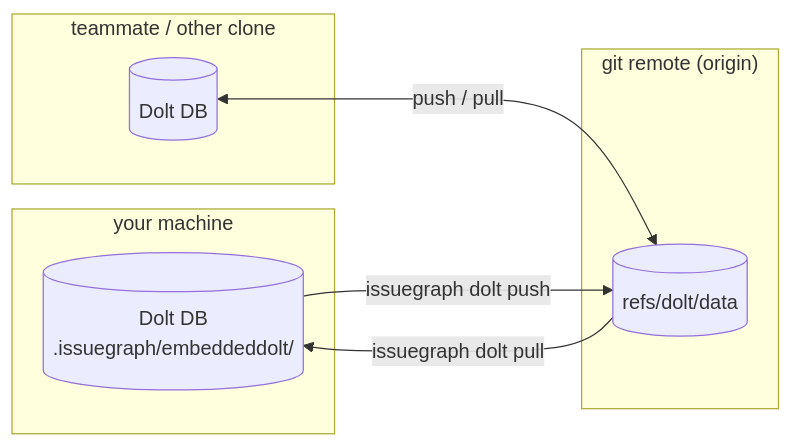
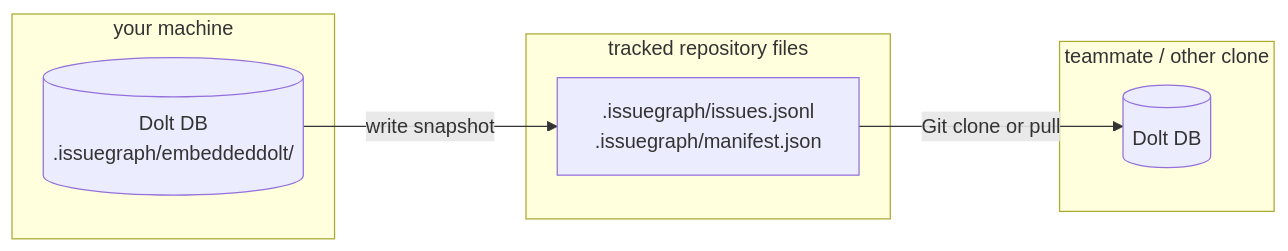
The fourth of 4 diagrams in docs/core-concepts/index.md (borg0ai/dx-issuegraph), drawn with Mermaid before and after one commit. The commit also changed other lines of this file and 101 other files, not shown here.

Commit message:
feat: disable remote issue data sync

````diff
--- a/docs/core-concepts/index.md
+++ b/docs/core-concepts/index.md
@@ -120,15 +118,14 @@
 ```mermaid
 flowchart LR
     subgraph you["your machine"]
         db[("Dolt DB<br/>.issuegraph/embeddeddolt/")]
     end
-    subgraph remote["git remote (origin)"]
-        ref[("refs/dolt/data")]
+    subgraph repo["tracked repository files"]
+        snapshot[".issuegraph/issues.jsonl<br/>.issuegraph/manifest.json"]
     end
     subgraph teammate["teammate / other clone"]
         db2[("Dolt DB")]
     end
-    db -->|issuegraph dolt push| ref
-    ref -->|issuegraph dolt pull| db
-    db2 <-->|push / pull| ref
+    db -->|write snapshot| snapshot
+    snapshot -->|Git clone or pull| db2
 ```
````
